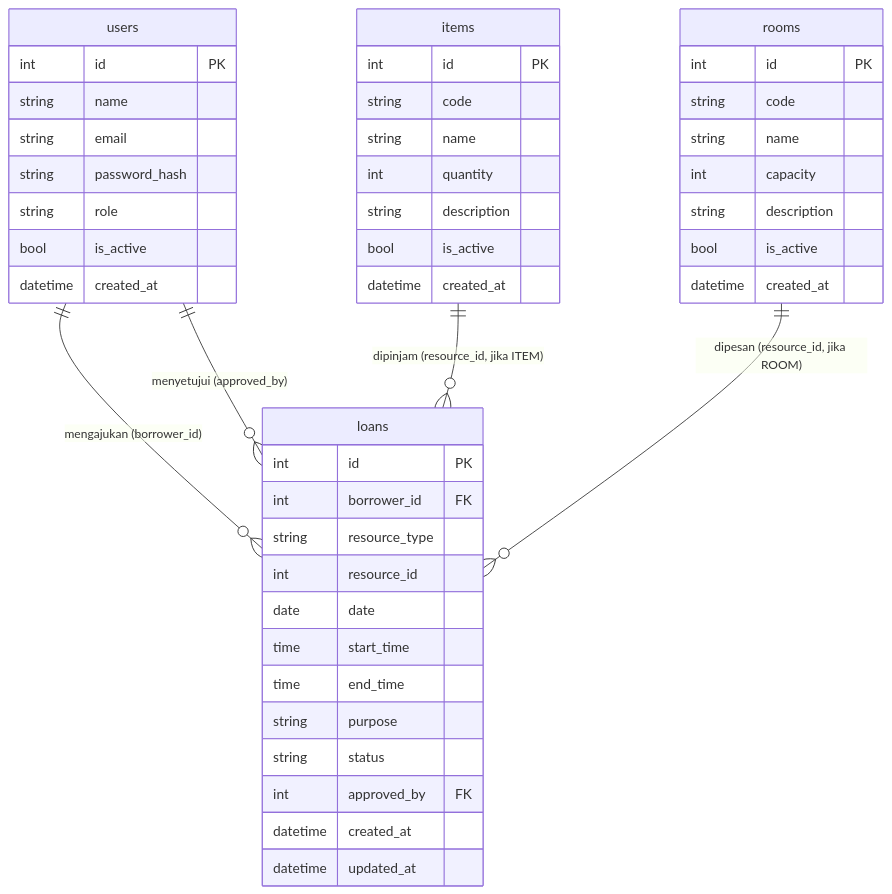
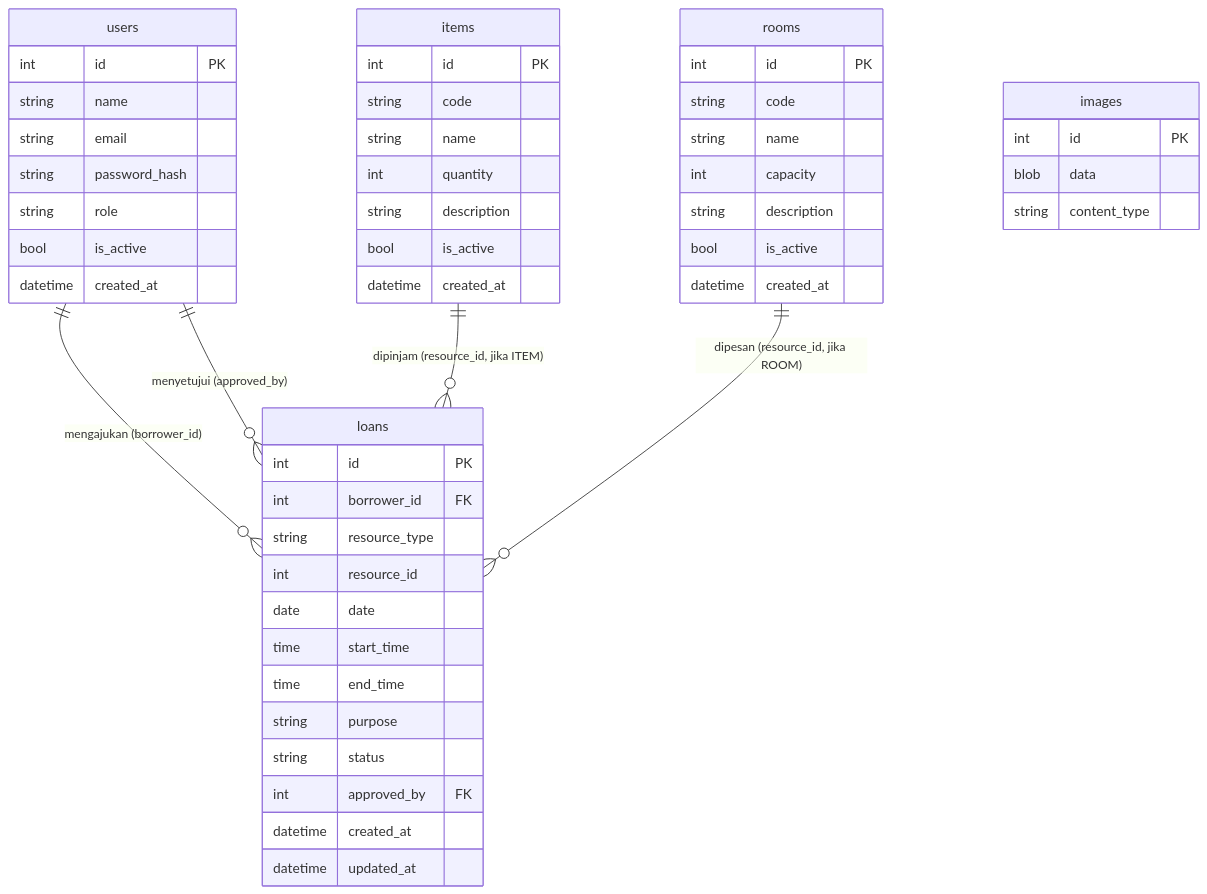
One commit to santosssaja/SiPinjam-Kampus-Web changed the diagram in docs/database.md. Above: the diagram before and after it, drawn with Mermaid. The commit also changed other lines of this file, not shown here.

Commit message:
docs: add new data

````diff
--- a/docs/database.md
+++ b/docs/database.md
@@ -69,52 +70,58 @@
 ```mermaid
 erDiagram
     users {
         int id PK
         string name
         string email
         string password_hash
         string role
         bool is_active
         datetime created_at
     }
 
     items {
         int id PK
         string code
         string name
         int quantity
         string description
         bool is_active
         datetime created_at
     }
 
     rooms {
         int id PK
         string code
         string name
         int capacity
         string description
         bool is_active
         datetime created_at
     }
 
     loans {
         int id PK
         int borrower_id FK
         string resource_type
         int resource_id
         date date
         time start_time
         time end_time
         string purpose
         string status
         int approved_by FK
         datetime created_at
         datetime updated_at
     }
 
+    images {
+        int id PK
+        blob data
+        string content_type
+    }
+
     users ||--o{ loans : "mengajukan (borrower_id)"
     users ||--o{ loans : "menyetujui (approved_by)"
     items ||--o{ loans : "dipinjam (resource_id, jika ITEM)"
     rooms ||--o{ loans : "dipesan (resource_id, jika ROOM)"
 ```
````
